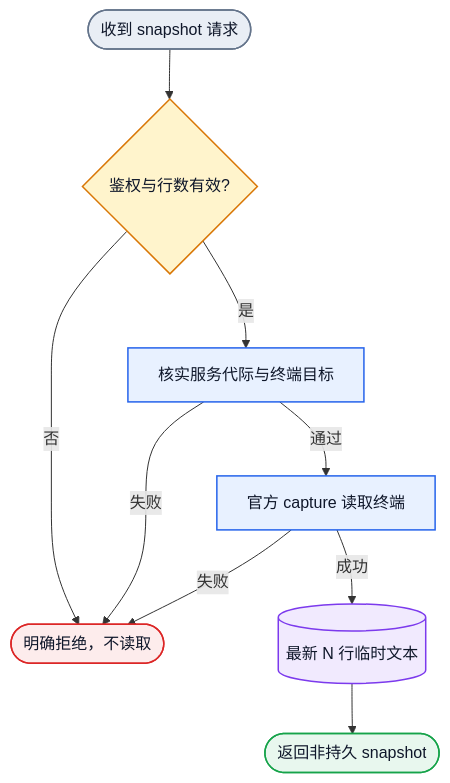
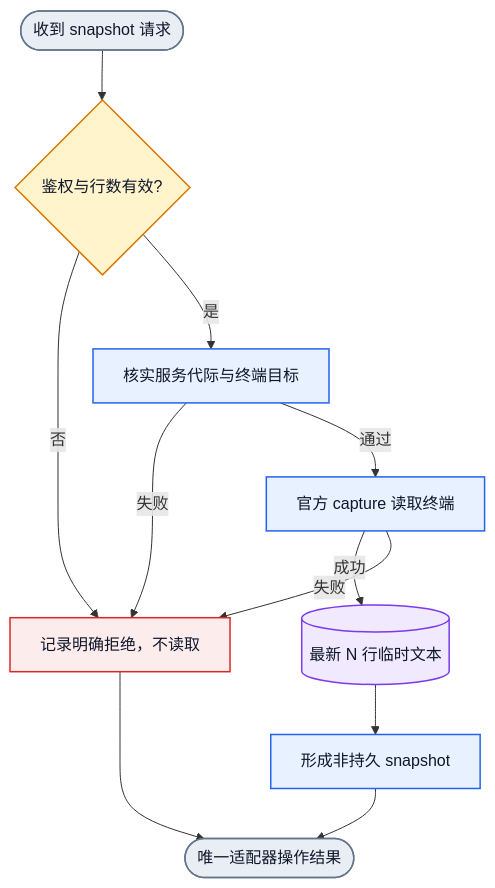
The second of 3 diagrams in docs/design/rex-collab-ontology-20261111.md (Jasonzhangf/appsdk), drawn with Mermaid before and after one commit. The commit also changed other lines of this file and 63 other files, not shown here.

````diff
--- a/docs/design/rex-collab-ontology-20261111.md
+++ b/docs/design/rex-collab-ontology-20261111.md
@@ -89,18 +141,20 @@
 ```mermaid
 flowchart TD
   S([收到 snapshot 请求]):::boundary --> A{鉴权与行数有效?}:::decision
-  A -->|否| NO([明确拒绝，不读取]):::failure
+  A -->|否| R[记录明确拒绝，不读取]:::failure
   A -->|是| V[核实服务代际与终端目标]:::action
-  V -->|失败| NO
+  V -->|失败| R
   V -->|通过| C[官方 capture 读取终端]:::action
   C -->|成功| T[(最新 N 行临时文本)]:::data
-  T --> OK([返回非持久 snapshot]):::success
-  C -->|失败| NO
+  T --> Q[形成非持久 snapshot]:::action
+  C -->|失败| R
+  Q --> X([唯一适配器操作结果]):::boundary
+  R --> X
 
   classDef boundary fill:#E9EEF5,stroke:#64748B,color:#0F172A,stroke-width:1.5px
   classDef action fill:#E8F1FF,stroke:#2563EB,color:#0F172A,stroke-width:1.5px
   classDef decision fill:#FFF4CC,stroke:#D97706,color:#0F172A,stroke-width:1.5px
   classDef data fill:#F1EAFE,stroke:#7C3AED,color:#0F172A,stroke-width:1.5px
   classDef success fill:#E8F7EE,stroke:#16A34A,color:#0F172A,stroke-width:1.5px
   classDef failure fill:#FDECEC,stroke:#DC2626,color:#0F172A,stroke-width:1.5px
 ```
````
